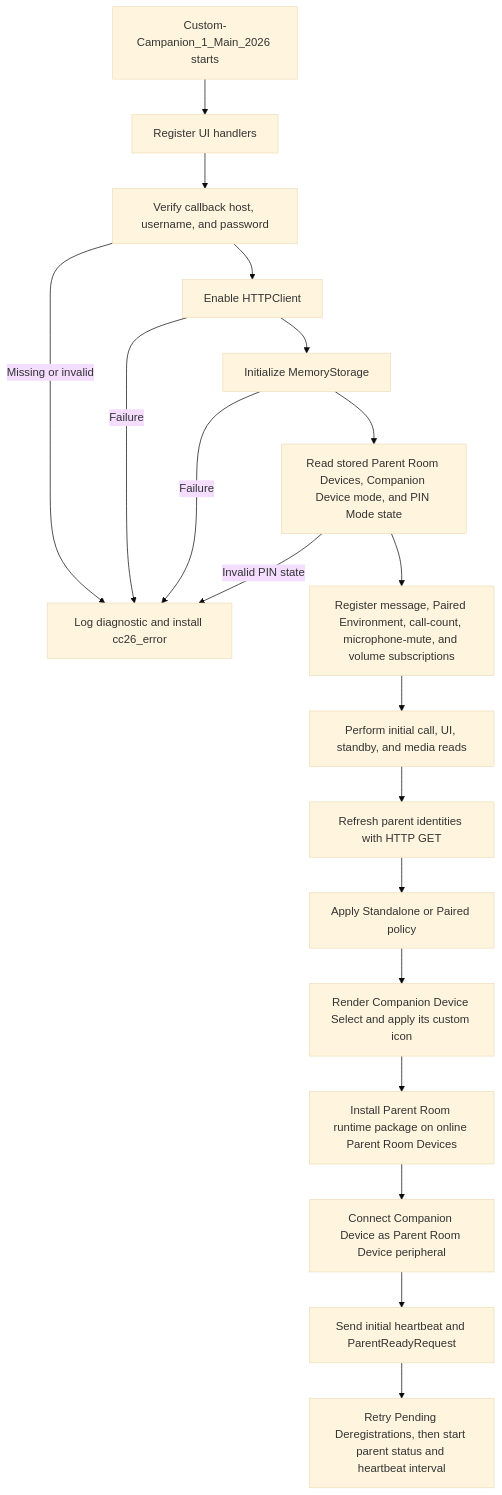
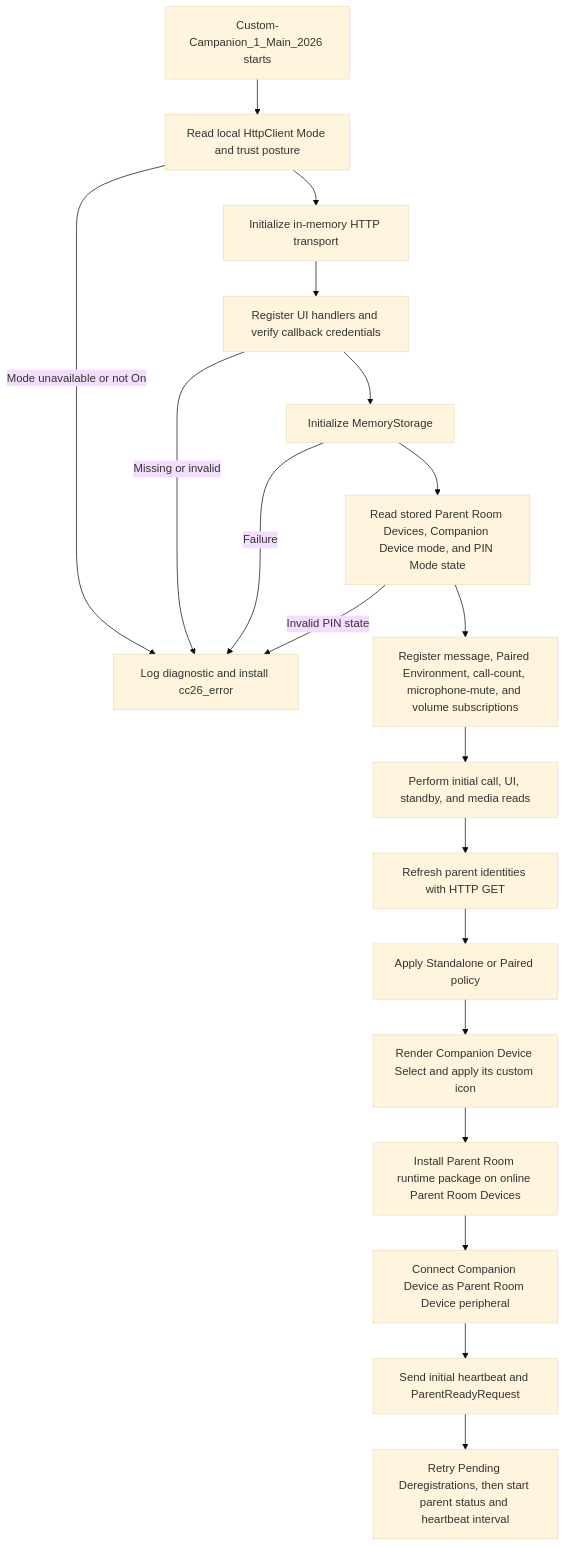
Before and after one commit to ctg-tme/Custom_Companion_2026: the first of 9 diagrams in docs/technical-reference.md, drawn with Mermaid (base theme). The commit also changed other lines of this file and 33 other files, not shown here.

Commit message:
Require administrator-owned HTTPClient trust posture

````diff
--- a/docs/technical-reference.md
+++ b/docs/technical-reference.md
@@ -74,21 +78,21 @@
 ```mermaid
 flowchart TD
-	A[Custom-Campanion_1_Main_2026 starts] --> B[Register UI handlers]
-	B --> C[Verify callback host, username, and password]
-	C -- Missing or invalid --> X[Log diagnostic and install cc26_error]
-	C --> D[Enable HTTPClient]
+	A[Custom-Campanion_1_Main_2026 starts] --> B[Read local HttpClient Mode and trust posture]
+	B -- Mode unavailable or not On --> X[Log diagnostic and install cc26_error]
+	B --> C[Initialize in-memory HTTP transport]
+	C --> D[Register UI handlers and verify callback credentials]
+	D -- Missing or invalid --> X
 	D --> E[Initialize MemoryStorage]
-	D -- Failure --> X
 	E -- Failure --> X
 	E --> F[Read stored Parent Room Devices, Companion Device mode, and PIN Mode state]
 	F -- Invalid PIN state --> X
 	F --> G[Register message, Paired Environment, call-count, microphone-mute, and volume subscriptions]
 	G --> H[Perform initial call, UI, standby, and media reads]
 	H --> I[Refresh parent identities with HTTP GET]
 	I --> J[Apply Standalone or Paired policy]
 	J --> K[Render Companion Device Select and apply its custom icon]
 	K --> L[Install Parent Room runtime package on online Parent Room Devices]
 	L --> M[Connect Companion Device as Parent Room Device peripheral]
 	M --> N[Send initial heartbeat and ParentReadyRequest]
 	N --> O[Retry Pending Deregistrations, then start parent status and heartbeat interval]
 ```
````
